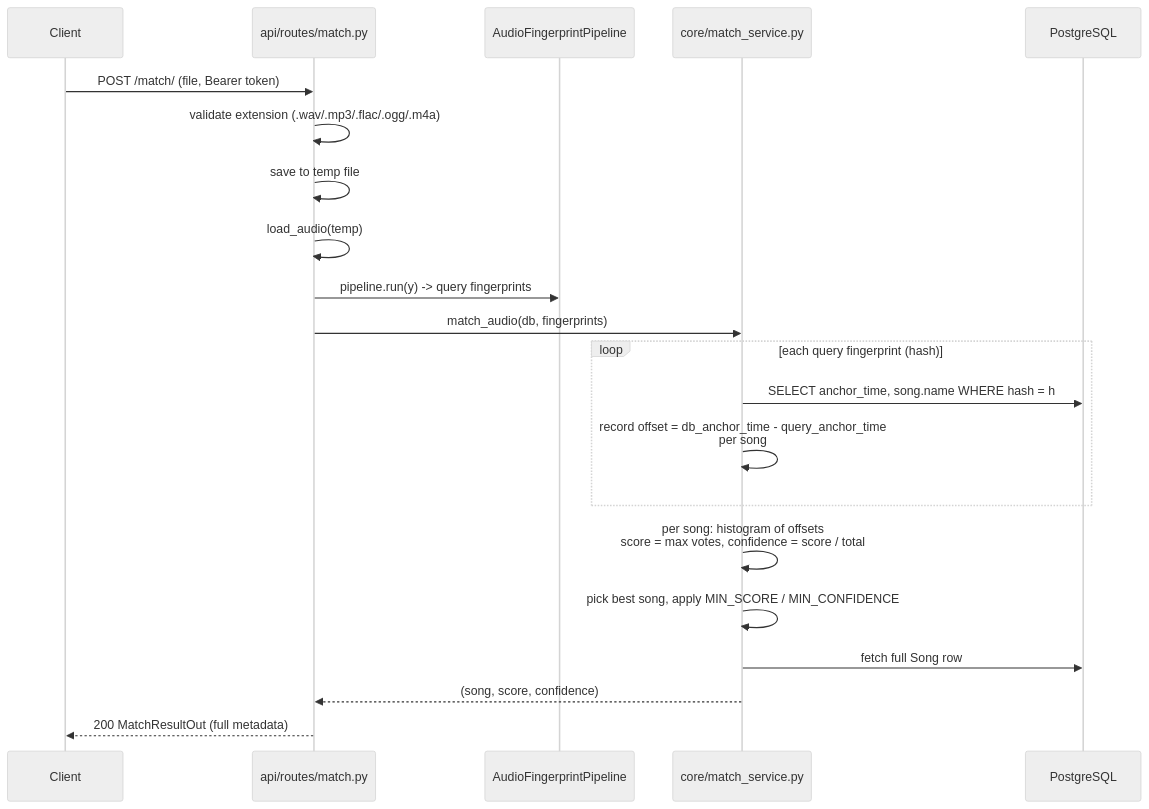
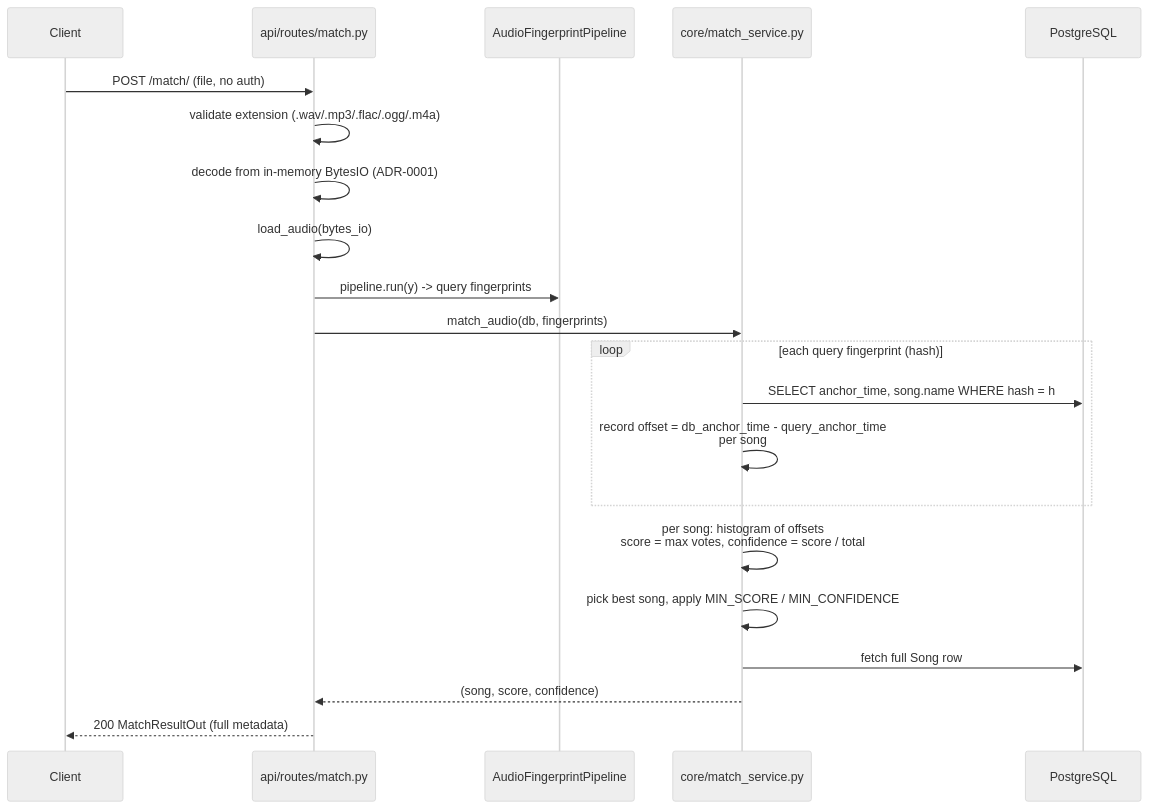
Before and after one commit to joaohluz/shanano: the diagram in docs/matching.md, drawn with Mermaid (neutral theme). The commit also changed other lines of this file and 15 other files, not shown here.

````diff
--- a/docs/matching.md
+++ b/docs/matching.md
@@ -9,27 +9,26 @@
 ```mermaid
 sequenceDiagram
     participant U as Client
     participant API as api/routes/match.py
     participant P as AudioFingerprintPipeline
     participant SVC as core/match_service.py
     participant PG as PostgreSQL
 
-    U->>API: POST /match/ (file, Bearer token)
+    U->>API: POST /match/ (file, no auth)
     API->>API: validate extension (.wav/.mp3/.flac/.ogg/.m4a)
-    %% current impl: temp file (see ADR-0001 for the planned BytesIO change)
-    API->>API: save to temp file
-    API->>API: load_audio(temp)
+    API->>API: decode from in-memory BytesIO (ADR-0001)
+    API->>API: load_audio(bytes_io)
     API->>P: pipeline.run(y) -> query fingerprints
     API->>SVC: match_audio(db, fingerprints)
 
     loop each query fingerprint (hash)
         SVC->>PG: SELECT anchor_time, song.name WHERE hash = h
         SVC->>SVC: record offset = db_anchor_time - query_anchor_time<br/>per song
     end
 
     SVC->>SVC: per song: histogram of offsets<br/>score = max votes, confidence = score / total
     SVC->>SVC: pick best song, apply MIN_SCORE / MIN_CONFIDENCE
     SVC->>PG: fetch full Song row
     SVC-->>API: (song, score, confidence)
     API-->>U: 200 MatchResultOut (full metadata)
 ```
````
